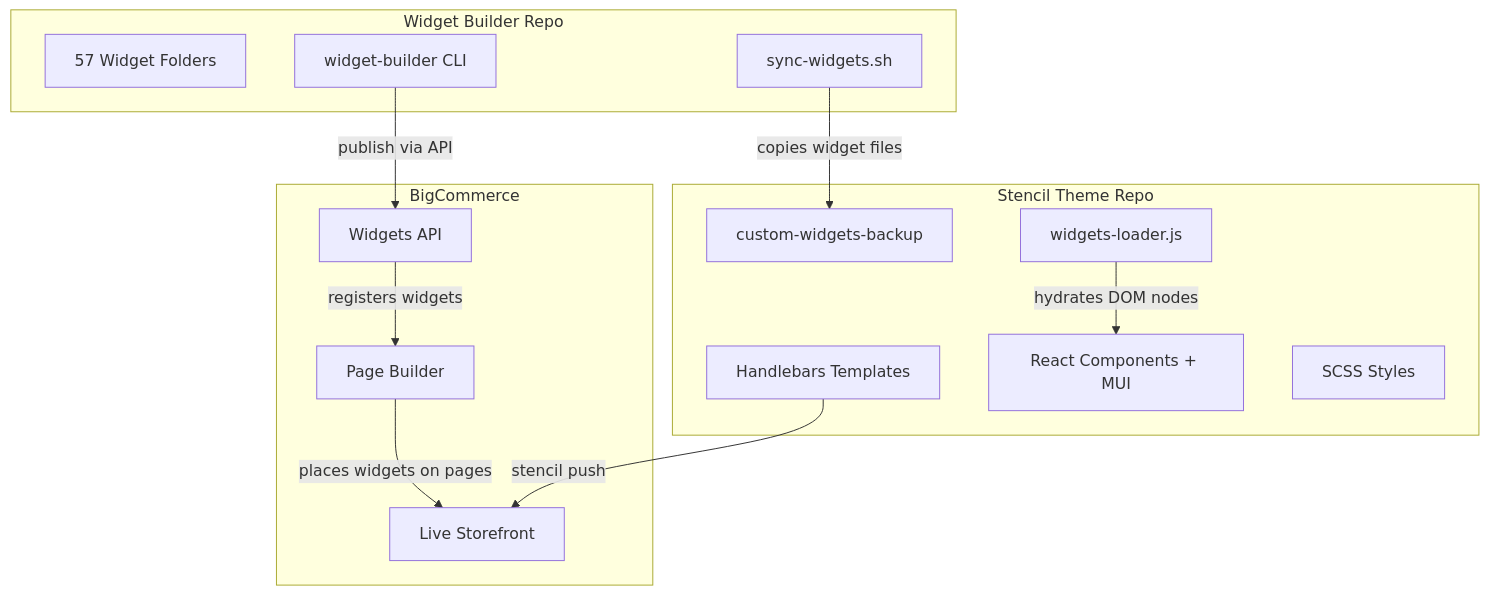
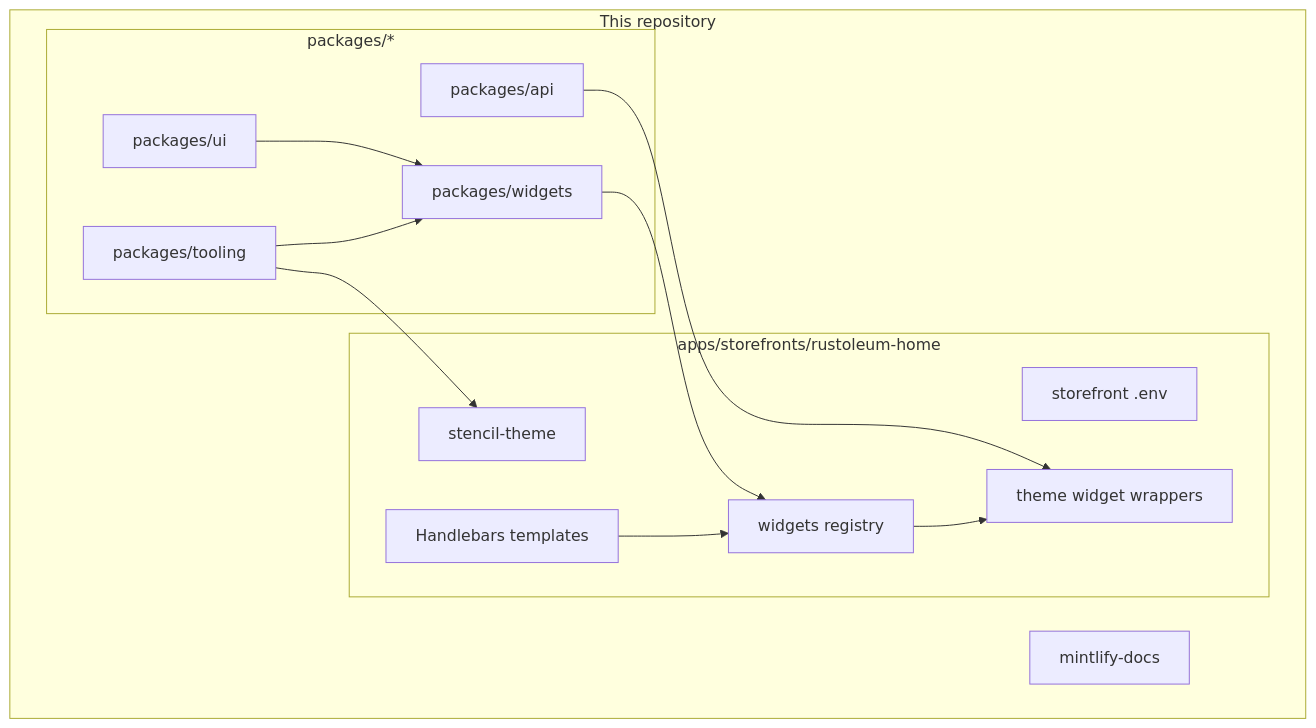
One commit to kevincarpdev/docs changed the first of 2 diagrams in dev/architecture.mdx. Above: the diagram before and after it, drawn with Mermaid. The commit also changed other lines of this file and 14 other files, not shown here.

````diff
--- a/dev/architecture.mdx
+++ b/dev/architecture.mdx
@@ -8,26 +8,29 @@
 ```mermaid
 flowchart TB
-    subgraph widgetBuilder ["Widget Builder Repo"]
-        WB_Widgets["57 Widget Folders"]
-        WB_CLI["widget-builder CLI"]
-        WB_Sync["sync-widgets.sh"]
+    subgraph repo ["This repository"]
+        subgraph packages ["packages/*"]
+            api["packages/api"]
+            ui["packages/ui"]
+            widgets["packages/widgets"]
+            tooling["packages/tooling"]
+        end
+
+        subgraph storefront ["apps/storefronts/rustoleum-home"]
+            env["storefront .env"]
+            theme["stencil-theme"]
+            registry["widgets registry"]
+            wrappers["theme widget wrappers"]
+            templates["Handlebars templates"]
+        end
+
+        docs["mintlify-docs"]
     end
-    subgraph stencilTheme ["Stencil Theme Repo"]
-        ST_Templates["Handlebars Templates"]
-        ST_React["React Components + MUI"]
-        ST_SCSS["SCSS Styles"]
-        ST_Backup["custom-widgets-backup"]
-        ST_Loader["widgets-loader.js"]
-    end
-    subgraph bigcommerce ["BigCommerce"]
-        BC_API["Widgets API"]
-        BC_PB["Page Builder"]
-        BC_Store["Live Storefront"]
-    end
-    WB_CLI -->|"publish via API"| BC_API
-    WB_Sync -->|"copies widget files"| ST_Backup
-    BC_API -->|"registers widgets"| BC_PB
-    BC_PB -->|"places widgets on pages"| BC_Store
-    ST_Templates -->|"stencil push"| BC_Store
-    ST_Loader -->|"hydrates DOM nodes"| ST_React
+
+    widgets --> registry
+    ui --> widgets
+    api --> wrappers
+    tooling --> widgets
+    tooling --> theme
+    templates --> registry
+    registry --> wrappers
 ```
````
